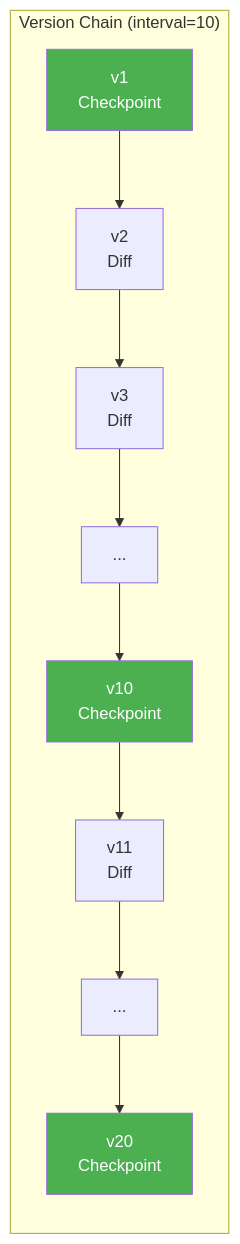
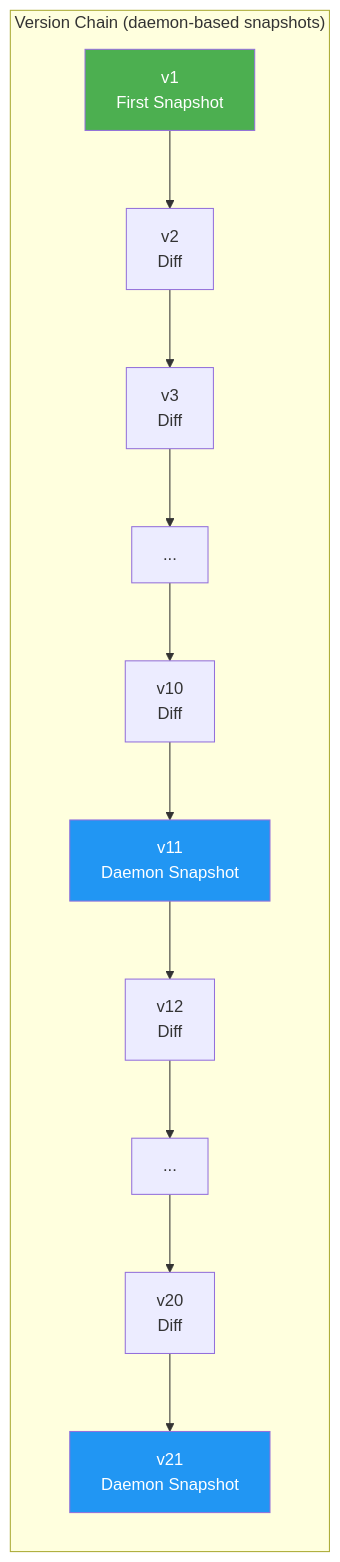
The seventh of 9 diagrams in docs/architecture.md (thspinto/obsync), drawn with Mermaid before and after one commit. The commit also changed other lines of this file and 5 other files, not shown here.

````diff
--- a/docs/architecture.md
+++ b/docs/architecture.md
@@ -181,20 +223,22 @@
 ```mermaid
 graph LR
-    subgraph "Version Chain (interval=10)"
-        V1[v1<br/>Checkpoint]
+    subgraph "Version Chain (daemon-based snapshots)"
+        V1[v1<br/>First Snapshot]
         V2[v2<br/>Diff]
         V3[v3<br/>Diff]
         V4[...]
-        V10[v10<br/>Checkpoint]
-        V11[v11<br/>Diff]
-        V12[...]
-        V20[v20<br/>Checkpoint]
+        V10[v10<br/>Diff]
+        V11[v11<br/>Daemon Snapshot]
+        V12[v12<br/>Diff]
+        V13[...]
+        V20[v20<br/>Diff]
+        V21[v21<br/>Daemon Snapshot]
     end
 
-    V1 --> V2 --> V3 --> V4 --> V10
-    V10 --> V11 --> V12 --> V20
+    V1 --> V2 --> V3 --> V4 --> V10 --> V11
+    V11 --> V12 --> V13 --> V20 --> V21
 
     style V1 fill:#4CAF50,color:#fff
-    style V10 fill:#4CAF50,color:#fff
-    style V20 fill:#4CAF50,color:#fff
+    style V11 fill:#2196F3,color:#fff
+    style V21 fill:#2196F3,color:#fff
 ```
````
